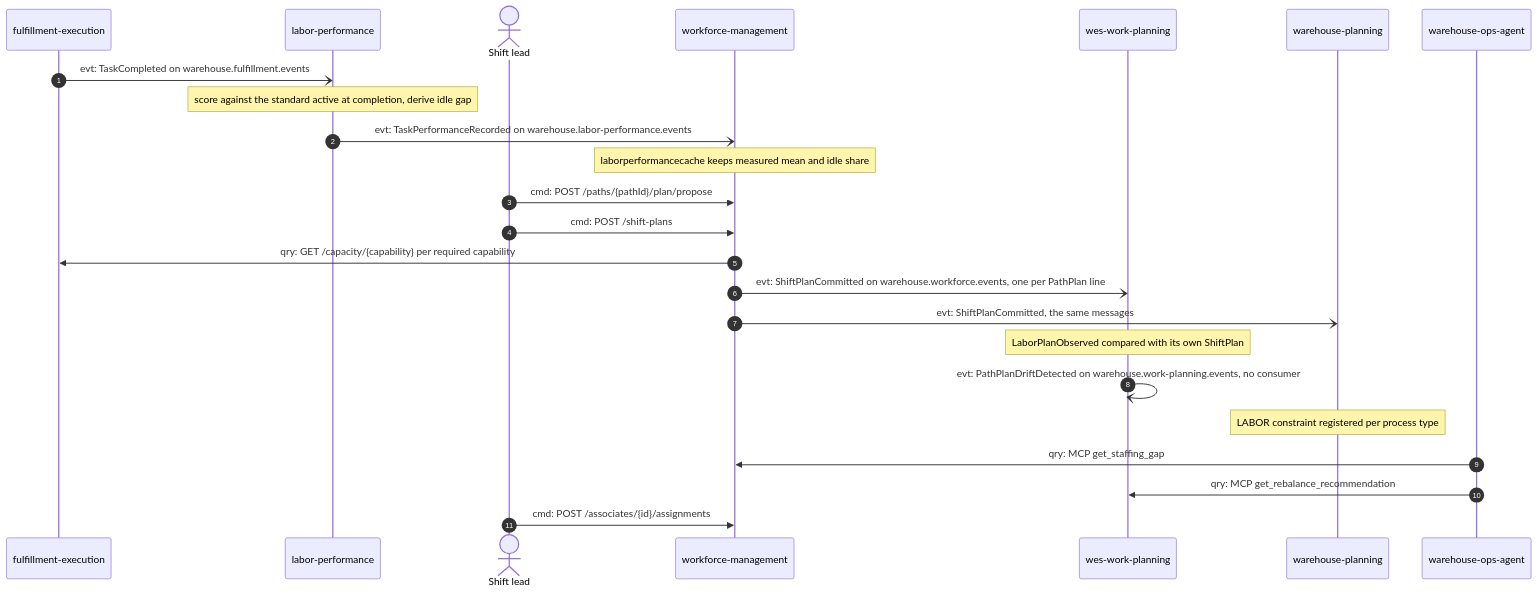
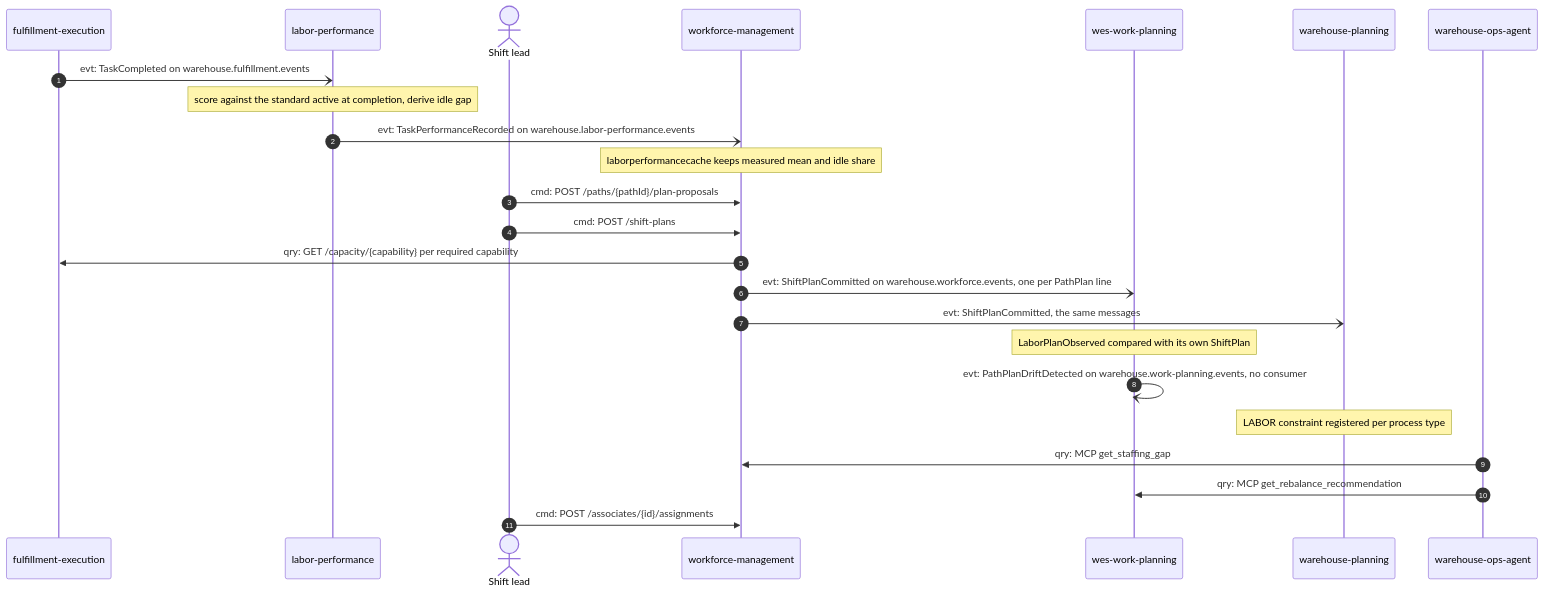
The seventh of 11 diagrams in docs/strategic-design/domain-message-flows.md (IQVO/warehouse-docs), drawn with Mermaid before and after one commit. The commit also changed other lines of this file and 272 other files, not shown here.

````diff
--- a/docs/strategic-design/domain-message-flows.md
+++ b/docs/strategic-design/domain-message-flows.md
@@ -382,26 +382,26 @@
 ```mermaid
 sequenceDiagram
     autonumber
     participant FE as fulfillment-execution
     participant LP as labor-performance
     actor Lead as Shift lead
     participant WFM as workforce-management
     participant WP as wes-work-planning
     participant WPL as warehouse-planning
     participant OA as warehouse-ops-agent
     FE-)LP: evt: TaskCompleted on warehouse.fulfillment.events
     Note over LP: score against the standard active at completion, derive idle gap
     LP-)WFM: evt: TaskPerformanceRecorded on warehouse.labor-performance.events
     Note over WFM: laborperformancecache keeps measured mean and idle share
-    Lead->>WFM: cmd: POST /paths/{pathId}/plan/propose
+    Lead->>WFM: cmd: POST /paths/{pathId}/plan-proposals
     Lead->>WFM: cmd: POST /shift-plans
     WFM->>FE: qry: GET /capacity/{capability} per required capability
     WFM-)WP: evt: ShiftPlanCommitted on warehouse.workforce.events, one per PathPlan line
     WFM-)WPL: evt: ShiftPlanCommitted, the same messages
     Note over WP: LaborPlanObserved compared with its own ShiftPlan
     WP-)WP: evt: PathPlanDriftDetected on warehouse.work-planning.events, no consumer
     Note over WPL: LABOR constraint registered per process type
     OA->>WFM: qry: MCP get_staffing_gap
     OA->>WP: qry: MCP get_rebalance_recommendation
     Lead->>WFM: cmd: POST /associates/{id}/assignments
 ```
````
